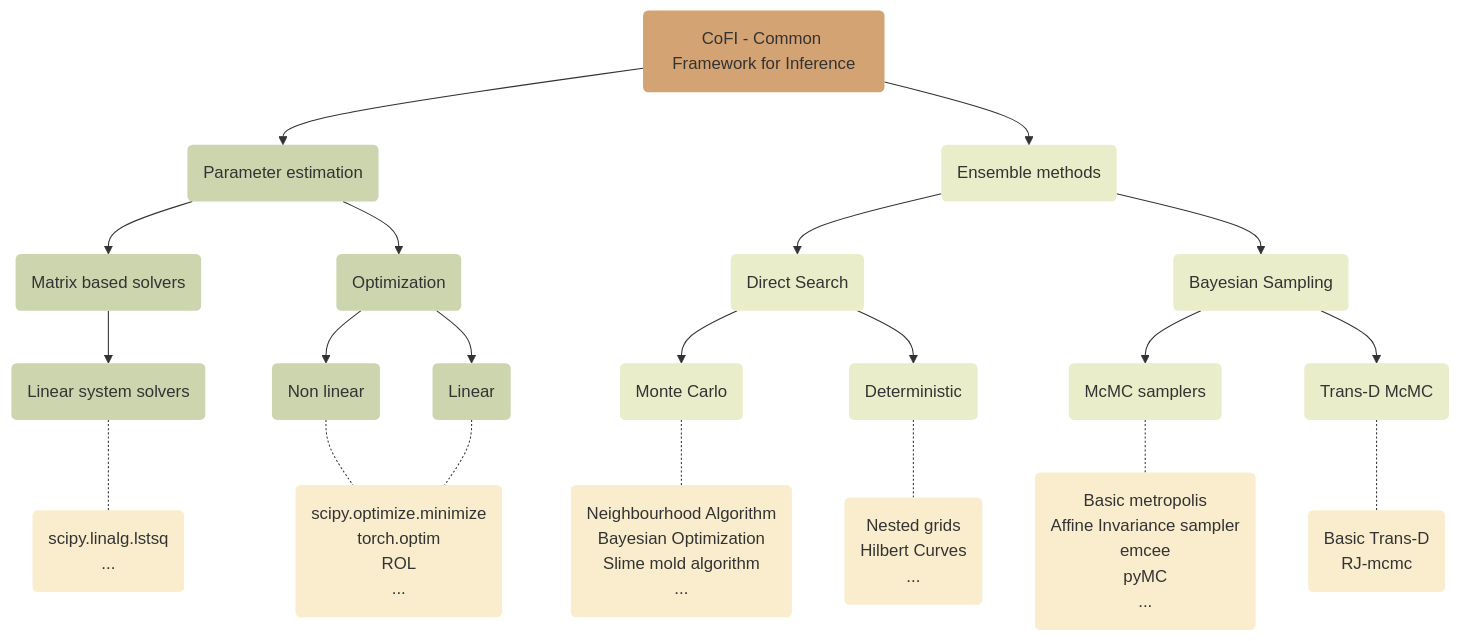
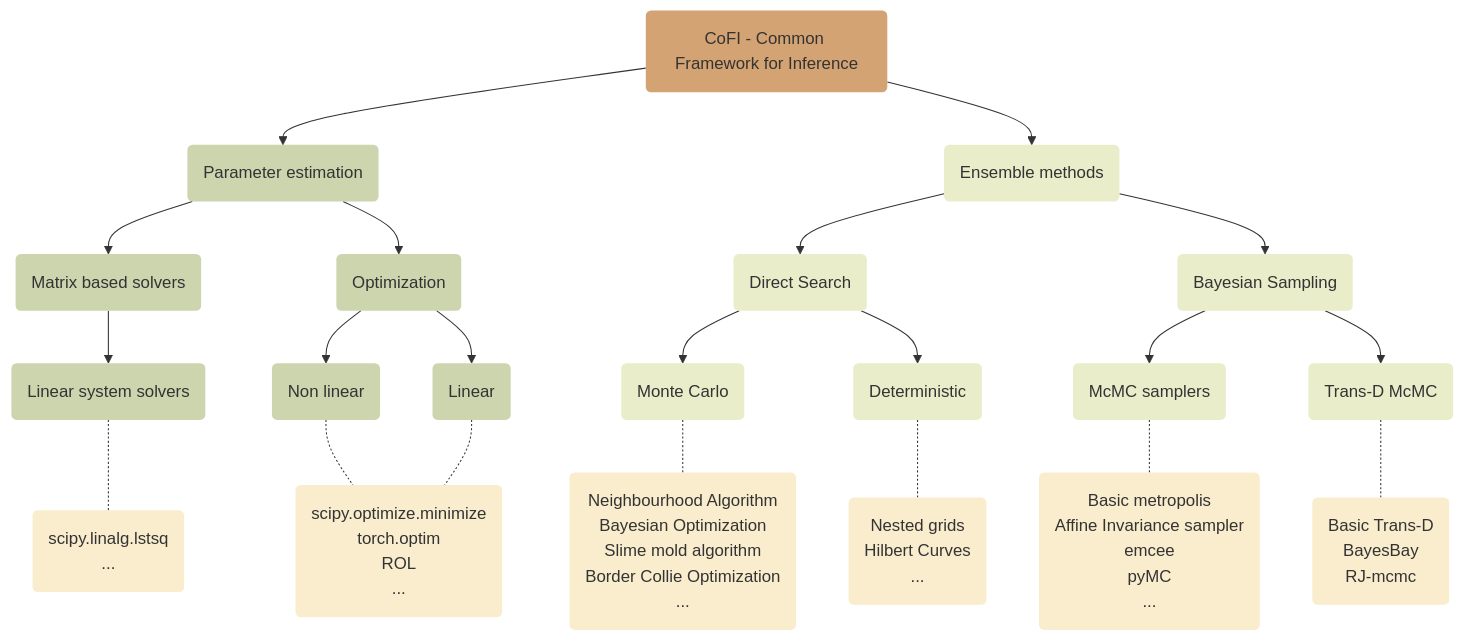
The diagram in docs/source/index.rst (inlab-geo/cofi), drawn with Mermaid before and after one commit. The commit also changed 4 other files, not shown here.

```diff
--- a/docs/source/index.rst
+++ b/docs/source/index.rst
@@ -24,50 +24,50 @@
 .. mermaid::
 
     graph TD;
         cofi(CoFI - Common Framework for Inference):::cls_cofi;
         parameter_estimation(Parameter estimation):::cls_parameter_estimation;
         linear(Matrix based solvers):::cls_parameter_estimation;
         non_linear(Optimization):::cls_parameter_estimation;
         linear_system_solvers(Linear system solvers):::cls_parameter_estimation;
         linear_solverlist(scipy.linalg.lstsq <br>...):::cls_solvers;
         optimization(Non linear):::cls_parameter_estimation;
         optimization2(Linear):::cls_parameter_estimation;
         opt_solverlist(scipy.optimize.minimize <br> torch.optim <br> ROL <br>...):::cls_solvers;
         ensemble_methods(Ensemble methods):::cls_ensemble_methods;
         direct_search(Direct Search):::cls_ensemble_methods;
         amc(Monte Carlo):::cls_ensemble_methods;
-        amc_solverlist(Neighbourhood Algorithm <br> Bayesian Optimization <br> Slime mold algorithm<br>...):::cls_solvers;
+        amc_solverlist(Neighbourhood Algorithm <br> Bayesian Optimization <br> Slime mold algorithm <br> Border Collie Optimization <br> ...):::cls_solvers;
         ng(Deterministic):::cls_ensemble_methods;
         ng_solverlist(Nested grids <br> Hilbert Curves<br>...):::cls_solvers;
         bs(Bayesian Sampling):::cls_ensemble_methods;
         mcmc(McMC samplers):::cls_ensemble_methods;
         mcmc_solverlist(Basic metropolis<br>Affine Invariance sampler<br>emcee <br> pyMC <br> ...):::cls_solvers;
         rjmcmc(Trans-D McMC):::cls_ensemble_methods;
-        rjmcmc_solverlist(Basic Trans-D <br> RJ-mcmc):::cls_solvers;
+        rjmcmc_solverlist(Basic Trans-D <br> BayesBay <br> RJ-mcmc):::cls_solvers;
 
         cofi --> parameter_estimation;
         parameter_estimation --> linear;
         linear --> linear_system_solvers;
         linear_system_solvers -.- linear_solverlist;
         parameter_estimation --> non_linear;
         non_linear --> optimization;
         non_linear --> optimization2;
         optimization -.- opt_solverlist;
         optimization2 -.- opt_solverlist;
 
         cofi --> ensemble_methods;
         ensemble_methods --> direct_search;
         direct_search --> amc;
         amc -.- amc_solverlist;
         direct_search --> ng;
         ng -.- ng_solverlist;
         ensemble_methods --> bs;  
         bs --> mcmc;
         mcmc -.- mcmc_solverlist;
         bs --> rjmcmc;
         rjmcmc -.- rjmcmc_solverlist;
 
     classDef cls_cofi fill: #d4a373, stroke-width:0;
     classDef cls_parameter_estimation fill: #ccd5ae, stroke-width:0;
     classDef cls_ensemble_methods fill: #e9edc9, stroke-width:0;
     classDef cls_solvers fill: #faedcd, stroke-width:0;
```
